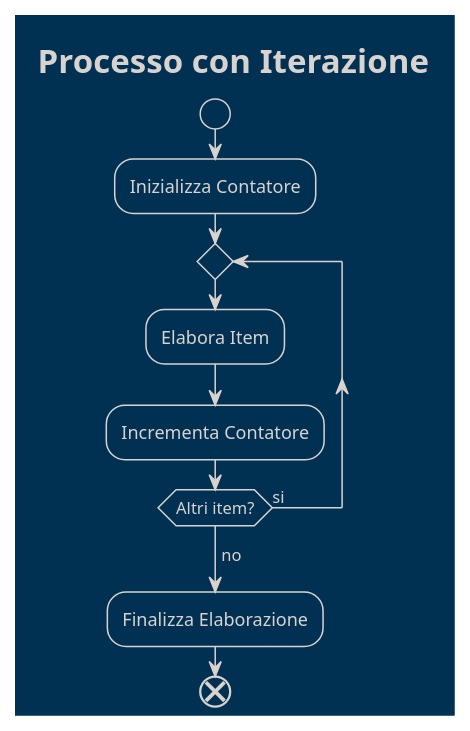
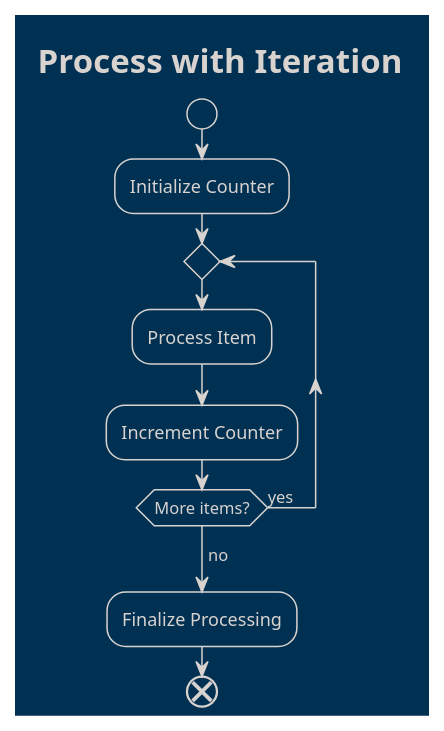
Diagram 12 of 25 in 03-behavioral-diagrams/activity-diagrams/README.md (Seniorsimo/sas-template), drawn with PlantUML before and after one commit. The commit also changed other lines of this file and 49 other files, not shown here.

````diff
--- a/03-behavioral-diagrams/activity-diagrams/README.md
+++ b/03-behavioral-diagrams/activity-diagrams/README.md
@@ -157,16 +157,16 @@
 ```plantuml
 @startuml
 !theme blueprint
-title Processo con Iterazione
+title Process with Iteration
 
 start
-:Inizializza Contatore;
+:Initialize Counter;
 repeat
-  :Elabora Item;
-  :Incrementa Contatore;
-repeat while (Altri item?) is (si)
+  :Process Item;
+  :Increment Counter;
+repeat while (More items?) is (yes)
 ->no;
-:Finalizza Elaborazione;
+:Finalize Processing;
 end
 @enduml
 ```
````
